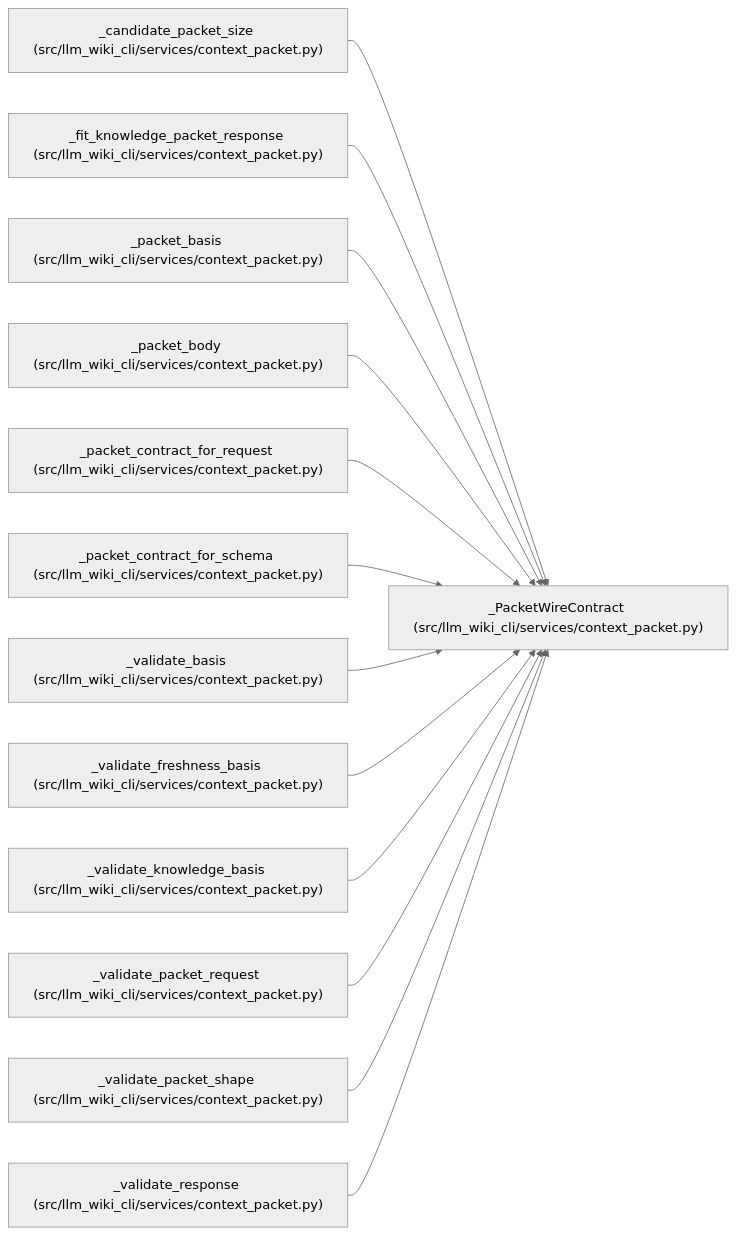
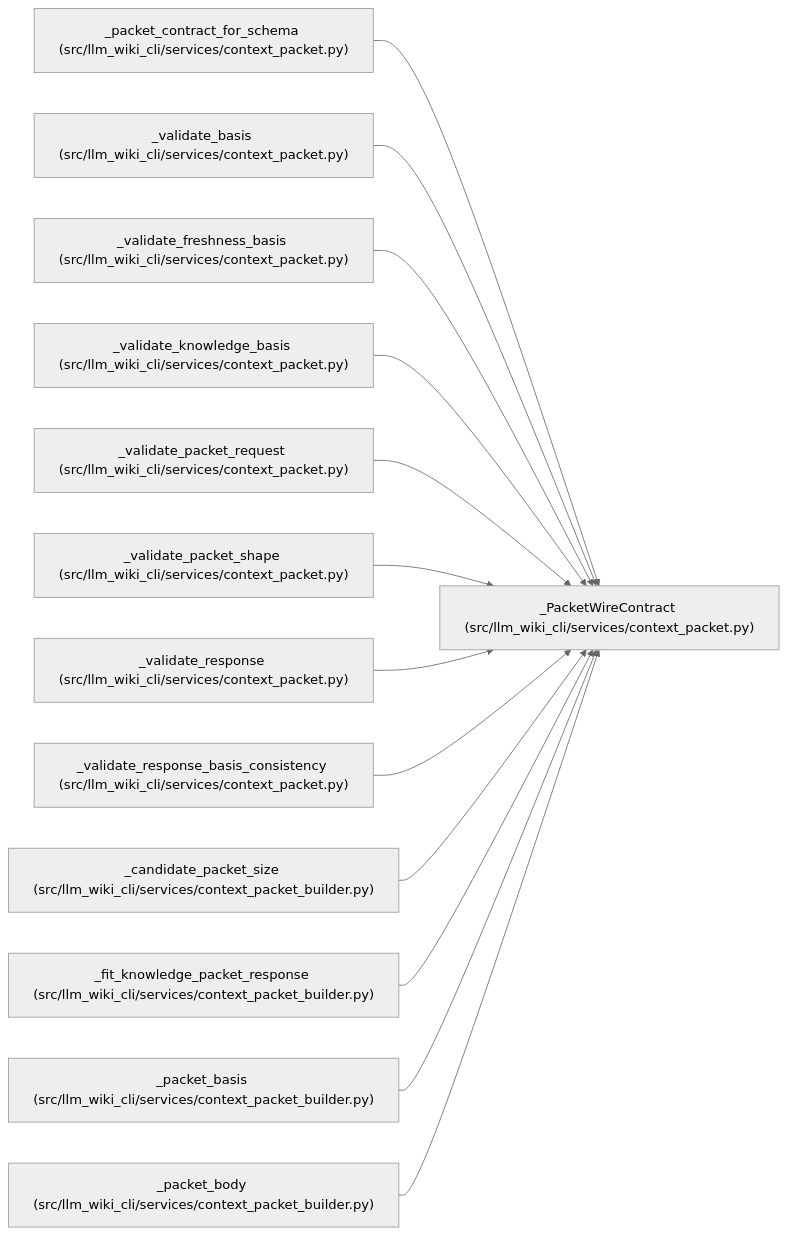
The diagram in docs/llm_wiki/entities/PacketWireContract.md (Denissvgn/python-wiki-llm), drawn with Mermaid (neutral theme) before and after one commit. The commit also changed other lines of this file and 1555 other files, not shown here.

````diff
--- a/docs/llm_wiki/entities/PacketWireContract.md
+++ b/docs/llm_wiki/entities/PacketWireContract.md
@@ -36,41 +36,41 @@
 ```mermaid
 flowchart LR
     n0["_PacketWireContract (src/llm_wiki_cli/services/context_packet.py)"]
-    n1["_candidate_packet_size (src/llm_wiki_cli/services/context_packet.py)"]
-    n2["_fit_knowledge_packet_response (src/llm_wiki_cli/services/context_packet.py)"]
-    n3["_packet_basis (src/llm_wiki_cli/services/context_packet.py)"]
-    n4["_packet_body (src/llm_wiki_cli/services/context_packet.py)"]
-    n5["_packet_contract_for_request (src/llm_wiki_cli/services/context_packet.py)"]
-    n6["_packet_contract_for_schema (src/llm_wiki_cli/services/context_packet.py)"]
-    n7["_validate_basis (src/llm_wiki_cli/services/context_packet.py)"]
-    n8["_validate_freshness_basis (src/llm_wiki_cli/services/context_packet.py)"]
-    n9["_validate_knowledge_basis (src/llm_wiki_cli/services/context_packet.py)"]
-    n10["_validate_packet_request (src/llm_wiki_cli/services/context_packet.py)"]
-    n11["_validate_packet_shape (src/llm_wiki_cli/services/context_packet.py)"]
-    n12["_validate_response (src/llm_wiki_cli/services/context_packet.py)"]
+    n1["_packet_contract_for_schema (src/llm_wiki_cli/services/context_packet.py)"]
+    n2["_validate_basis (src/llm_wiki_cli/services/context_packet.py)"]
+    n3["_validate_freshness_basis (src/llm_wiki_cli/services/context_packet.py)"]
+    n4["_validate_knowledge_basis (src/llm_wiki_cli/services/context_packet.py)"]
+    n5["_validate_packet_request (src/llm_wiki_cli/services/context_packet.py)"]
+    n6["_validate_packet_shape (src/llm_wiki_cli/services/context_packet.py)"]
+    n7["_validate_response (src/llm_wiki_cli/services/context_packet.py)"]
+    n8["_validate_response_basis_consistency (src/llm_wiki_cli/services/context_packet.py)"]
+    n9["_candidate_packet_size (src/llm_wiki_cli/services/context_packet_builder.py)"]
+    n10["_fit_knowledge_packet_response (src/llm_wiki_cli/services/context_packet_builder.py)"]
+    n11["_packet_basis (src/llm_wiki_cli/services/context_packet_builder.py)"]
+    n12["_packet_body (src/llm_wiki_cli/services/context_packet_builder.py)"]
     n1 --> n0
     n2 --> n0
     n3 --> n0
     n4 --> n0
     n5 --> n0
     n6 --> n0
     n7 --> n0
     n8 --> n0
     n9 --> n0
     n10 --> n0
     n11 --> n0
     n12 --> n0
     click n0 "../modules/context_packet.md"
     click n1 "../modules/context_packet.md"
     click n2 "../modules/context_packet.md"
     click n3 "../modules/context_packet.md"
     click n4 "../modules/context_packet.md"
     click n5 "../modules/context_packet.md"
     click n6 "../modules/context_packet.md"
     click n7 "../modules/context_packet.md"
     click n8 "../modules/context_packet.md"
-    click n9 "../modules/context_packet.md"
-    click n10 "../modules/context_packet.md"
-    click n11 "../modules/context_packet.md"
-    click n12 "../modules/context_packet.md"
+    click n9 "../modules/context_packet_builder.md"
+    click n10 "../modules/context_packet_builder.md"
+    click n11 "../modules/context_packet_builder.md"
+    click n12 "../modules/context_packet_builder.md"
 ```
````
